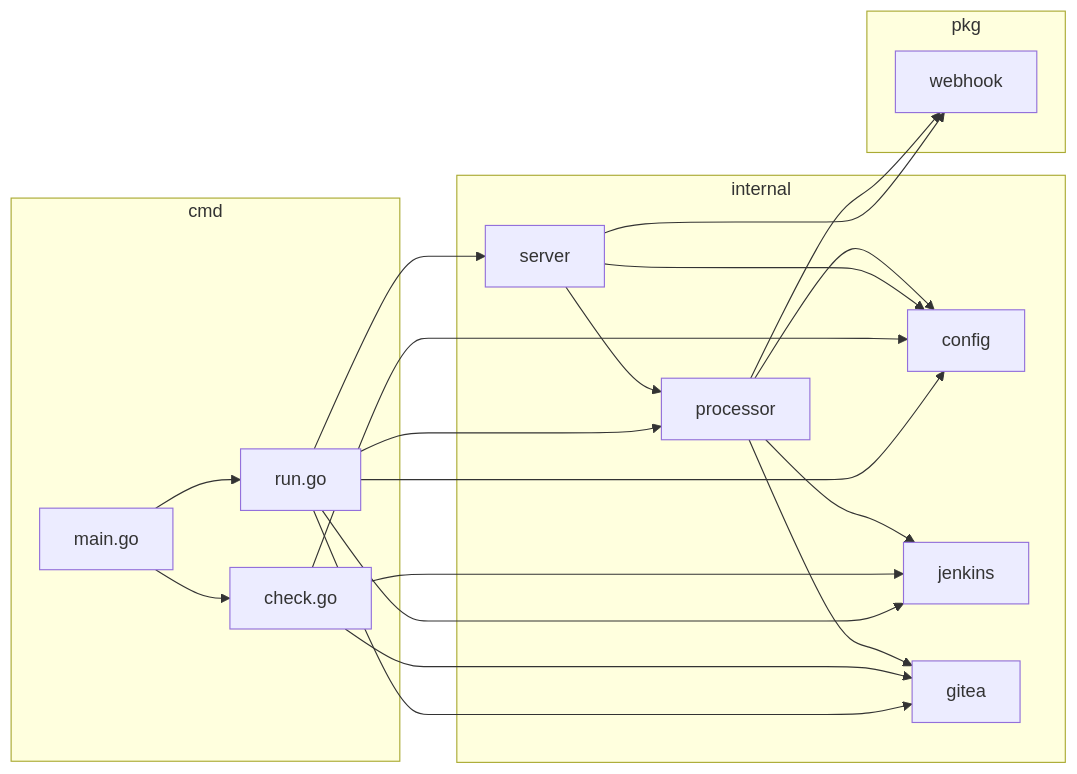
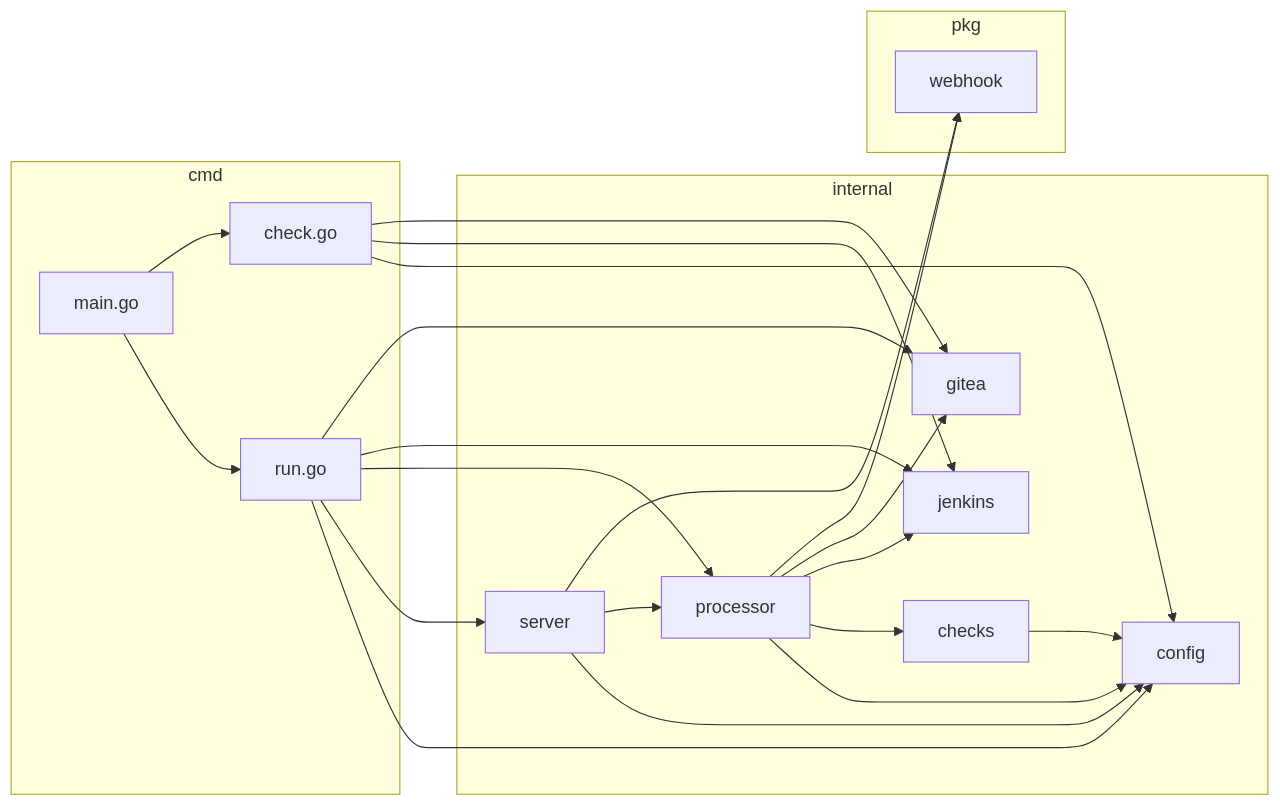
Before and after one commit to eremenko789/rkl-jarvis-pr-helper: the second of 2 diagrams in docs/architecture.md, drawn with Mermaid. The commit also changed other lines of this file and 27 other files, not shown here.

````diff
--- a/docs/architecture.md
+++ b/docs/architecture.md
@@ -60,35 +67,38 @@
 ```mermaid
 flowchart LR
     subgraph cmd
         main[main.go]
         run[run.go]
         check[check.go]
     end
     subgraph internal
         config[config]
         server[server]
         processor[processor]
+        checks[checks]
         jenkins[jenkins]
         gitea[gitea]
     end
     subgraph pkg
         webhook[webhook]
     end
     main --> run
     main --> check
     run --> config
     run --> server
     run --> processor
     run --> jenkins
     run --> gitea
     check --> config
     check --> jenkins
     check --> gitea
     server --> config
     server --> processor
     server --> webhook
     processor --> config
+    processor --> checks
     processor --> jenkins
     processor --> gitea
     processor --> webhook
+    checks --> config
 ```
````
